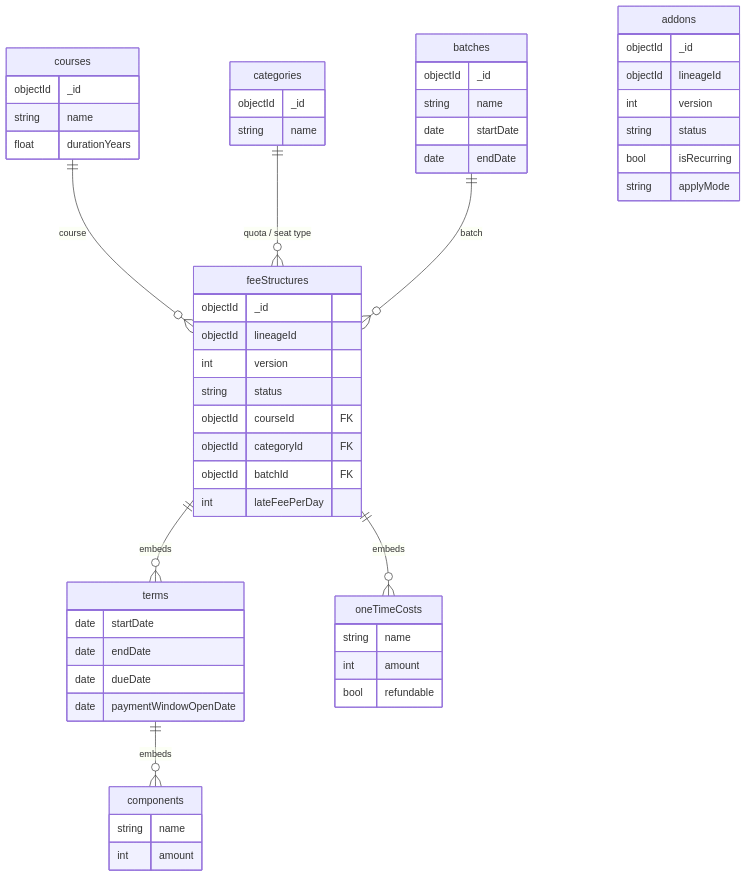
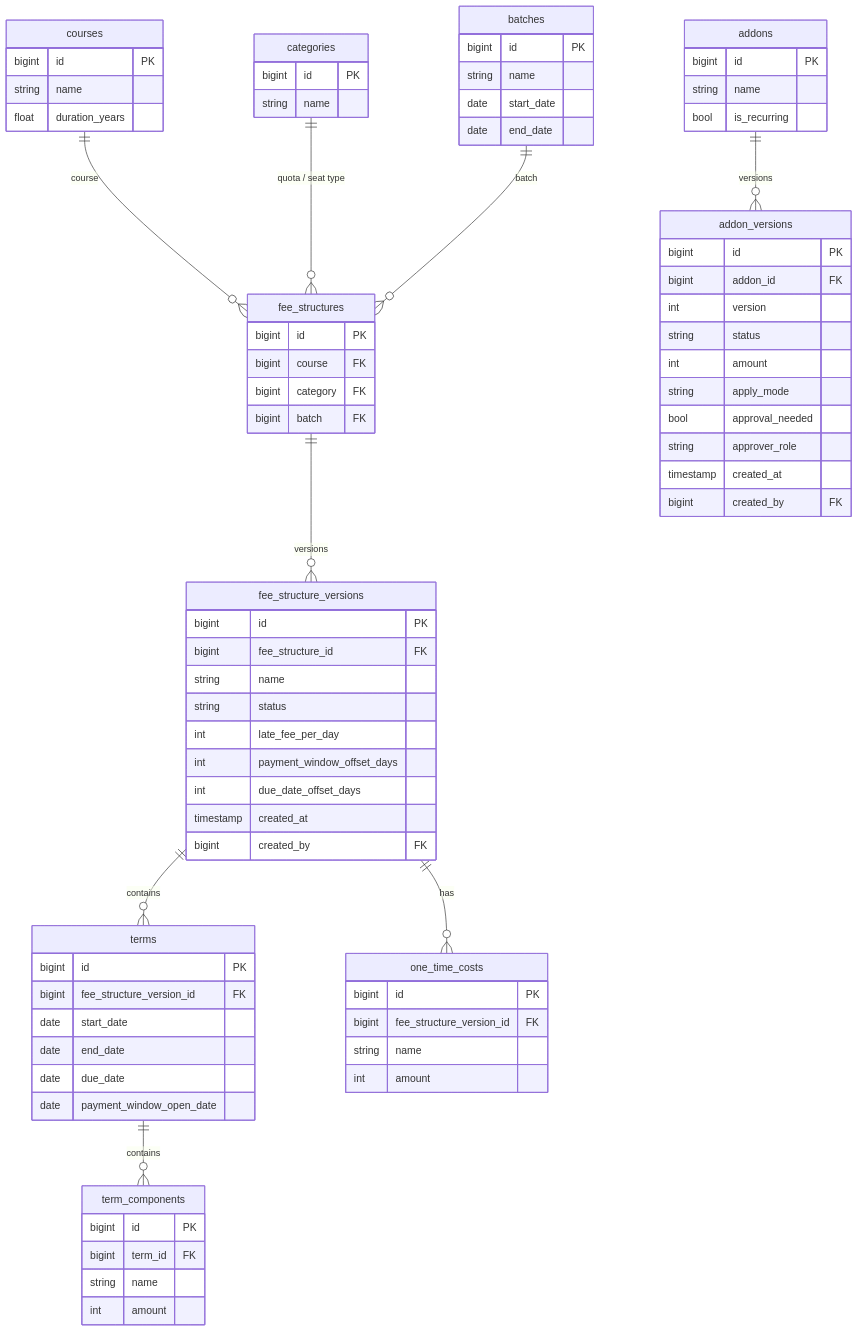
The diagram in backend/FeeCatalog/docs/fee-catalog-er-diagram.md (Knightrobber/spurrin-fee-management-portal), drawn with Mermaid before and after one commit. The commit also changed other lines of this file and 57 other files, not shown here.

````diff
--- a/backend/FeeCatalog/docs/fee-catalog-er-diagram.md
+++ b/backend/FeeCatalog/docs/fee-catalog-er-diagram.md
@@ -22,58 +22,81 @@
 ```mermaid
 erDiagram
-    courses       ||--o{ feeStructures : course
-    categories    ||--o{ feeStructures : "quota / seat type"
-    batches       ||--o{ feeStructures : batch
-    feeStructures ||--o{ terms : embeds
-    terms         ||--o{ components : embeds
-    feeStructures ||--o{ oneTimeCosts : embeds
+    courses                 ||--o{ fee_structures          : course
+    categories              ||--o{ fee_structures          : "quota / seat type"
+    batches                 ||--o{ fee_structures          : batch
+    fee_structures          ||--o{ fee_structure_versions  : versions
+    fee_structure_versions  ||--o{ terms                   : contains
+    terms                   ||--o{ term_components         : contains
+    fee_structure_versions  ||--o{ one_time_costs          : has
+    addons                  ||--o{ addon_versions          : versions
 
     courses {
-      objectId _id
+      bigint id PK
       string name
-      float durationYears
+      float duration_years
     }
     categories {
-      objectId _id
+      bigint id PK
       string name
     }
     batches {
-      objectId _id
+      bigint id PK
       string name
-      date startDate
-      date endDate
+      date start_date
+      date end_date
     }
-    feeStructures {
-      objectId _id
-      objectId lineageId
-      int version
+    fee_structures {
+      bigint id PK
+      bigint course FK
+      bigint category FK
+      bigint batch FK
+    }
+    fee_structure_versions {
+      bigint id PK
+      bigint fee_structure_id FK
+      string name       
       string status
-      objectId courseId FK
-      objectId categoryId FK
-      objectId batchId FK
-      int lateFeePerDay
+      int late_fee_per_day
+      int payment_window_offset_days
+      int due_date_offset_days
+      timestamp created_at
+      bigint created_by FK
     }
     terms {
-      date startDate
-      date endDate
-      date dueDate
-      date paymentWindowOpenDate
+      bigint id PK
+      bigint fee_structure_version_id FK
+      date start_date
+      date end_date
+      date due_date
+      date payment_window_open_date
     }
-    components {
+    term_components {
+      bigint id PK
+      bigint term_id FK
       string name
       int amount
     }
-    oneTimeCosts {
+    one_time_costs {
+      bigint id PK
+      bigint fee_structure_version_id FK
       string name
       int amount
-      bool refundable
     }
     addons {
-      objectId _id
-      objectId lineageId
+      bigint id PK
+      string name
+      bool is_recurring
+    }
+    addon_versions {
+      bigint id PK
+      bigint addon_id FK
       int version
       string status
-      bool isRecurring
-      string applyMode
+      int amount
+      string apply_mode
+      bool approval_needed
+      string approver_role
+      timestamp created_at
+      bigint created_by FK
     }
 ```
````
